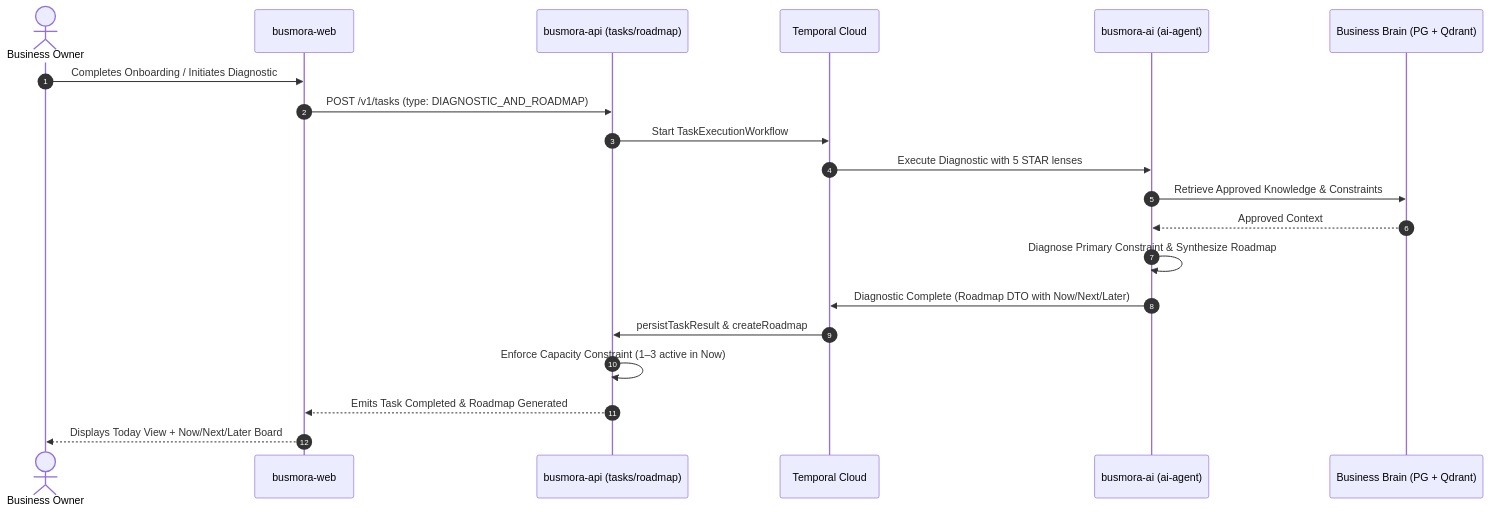
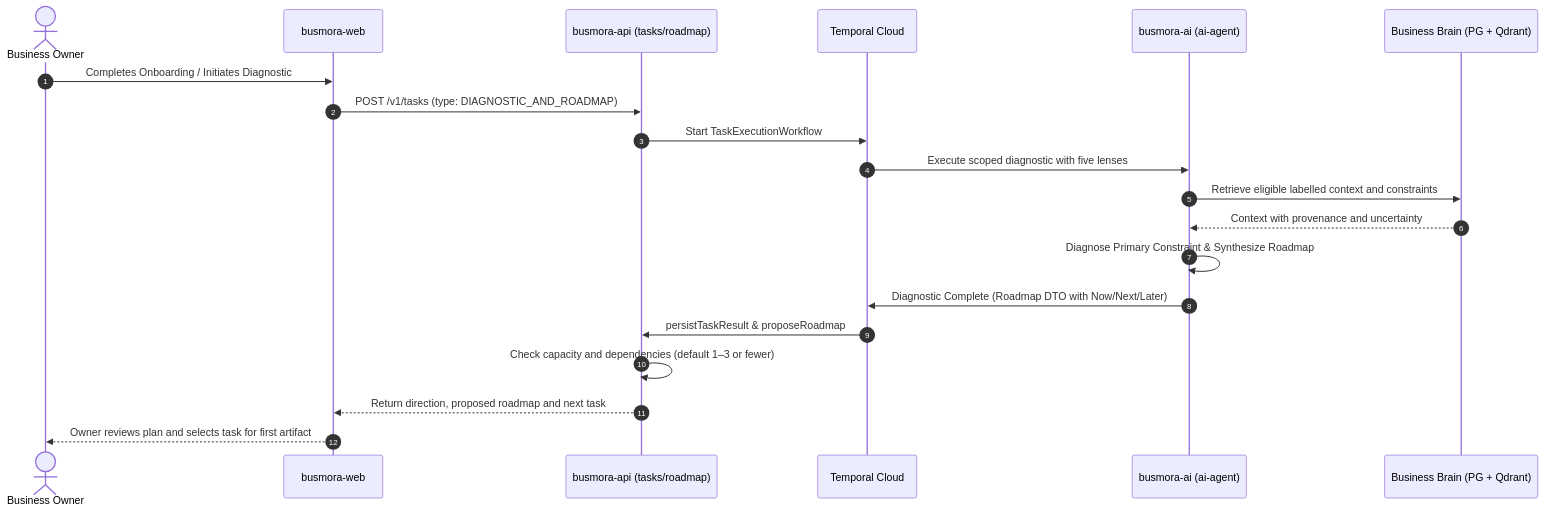
One commit to mohamed-hossam1/busmora-docs changed the seventh of 11 diagrams in core/SYSTEM-ARCHITECTURE.md. Above: the diagram before and after it, drawn with Mermaid. The commit also changed other lines of this file and 3 other files, not shown here.

````diff
--- a/core/SYSTEM-ARCHITECTURE.md
+++ b/core/SYSTEM-ARCHITECTURE.md
@@ -366,23 +392,23 @@
 ```mermaid
 sequenceDiagram
   autonumber
   actor Owner as Business Owner
   participant Web as busmora-web
   participant API as busmora-api (tasks/roadmap)
   participant Temporal as Temporal Cloud
   participant Agent as busmora-ai (ai-agent)
   participant Brain as Business Brain (PG + Qdrant)
 
   Owner->>Web: Completes Onboarding / Initiates Diagnostic
   Web->>API: POST /v1/tasks (type: DIAGNOSTIC_AND_ROADMAP)
   API->>Temporal: Start TaskExecutionWorkflow
-  Temporal->>Agent: Execute Diagnostic with 5 STAR lenses
-  Agent->>Brain: Retrieve Approved Knowledge & Constraints
-  Brain-->>Agent: Approved Context
+  Temporal->>Agent: Execute scoped diagnostic with five lenses
+  Agent->>Brain: Retrieve eligible labelled context and constraints
+  Brain-->>Agent: Context with provenance and uncertainty
   Agent->>Agent: Diagnose Primary Constraint & Synthesize Roadmap
   Agent->>Temporal: Diagnostic Complete (Roadmap DTO with Now/Next/Later)
-  Temporal->>API: persistTaskResult & createRoadmap
-  API->>API: Enforce Capacity Constraint (1–3 active in Now)
-  API-->>Web: Emits Task Completed & Roadmap Generated
-  Web-->>Owner: Displays Today View + Now/Next/Later Board
+  Temporal->>API: persistTaskResult & proposeRoadmap
+  API->>API: Check capacity and dependencies (default 1–3 or fewer)
+  API-->>Web: Return direction, proposed roadmap and next task
+  Web-->>Owner: Owner reviews plan and selects task for first artifact
 ```
````
